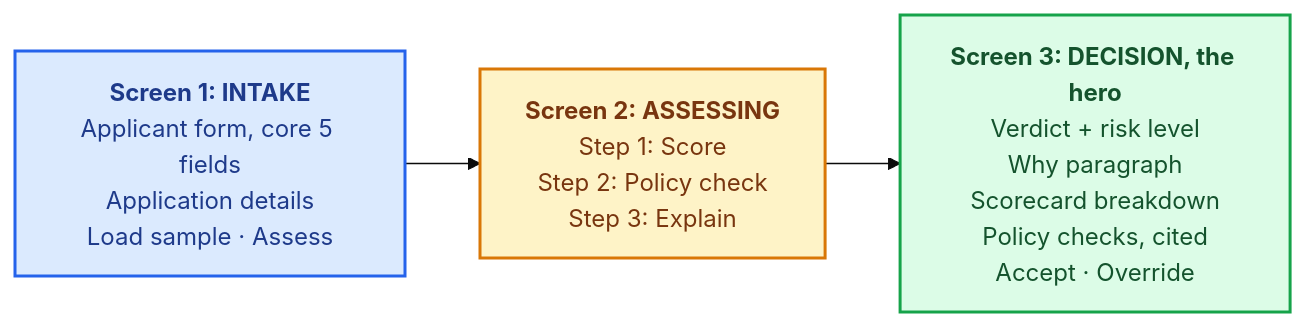
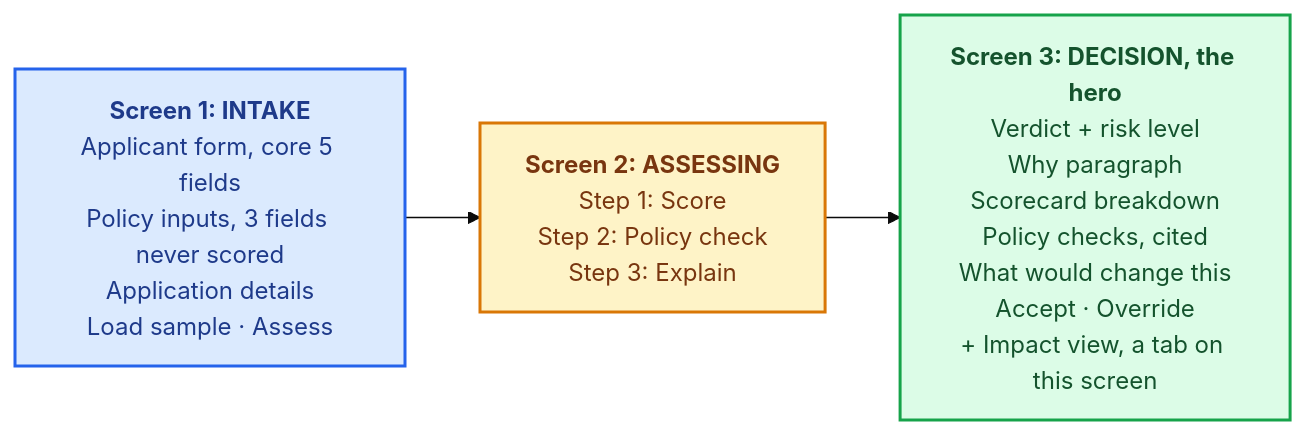
The first of 4 diagrams in 02-design/deliverables/01-ui-flow.md (Mxjoshi/newcomer-credit-copilot), drawn with Mermaid (base theme) before and after one commit. The commit also changed other lines of this file, not shown here.

Commit message:
Phase 2 review: policy inputs group, counterfactual block, impact view, validator edge case in UI flow

````diff
--- a/02-design/deliverables/01-ui-flow.md
+++ b/02-design/deliverables/01-ui-flow.md
@@ -19,10 +20,10 @@
 ```mermaid
 flowchart LR
-    A["<b>Screen 1: INTAKE</b><br/>Applicant form, core 5 fields<br/>Application details<br/>Load sample · Assess"]
+    A["<b>Screen 1: INTAKE</b><br/>Applicant form, core 5 fields<br/>Policy inputs, 3 fields never scored<br/>Application details<br/>Load sample · Assess"]
     B["<b>Screen 2: ASSESSING</b><br/>Step 1: Score<br/>Step 2: Policy check<br/>Step 3: Explain"]
-    C["<b>Screen 3: DECISION, the hero</b><br/>Verdict + risk level<br/>Why paragraph<br/>Scorecard breakdown<br/>Policy checks, cited<br/>Accept · Override"]
+    C["<b>Screen 3: DECISION, the hero</b><br/>Verdict + risk level<br/>Why paragraph<br/>Scorecard breakdown<br/>Policy checks, cited<br/>What would change this<br/>Accept · Override<br/>+ Impact view, a tab on this screen"]
     A --> B --> C
     style A fill:#dbeafe,stroke:#2563eb,stroke-width:2px,color:#1e3a8a
     style B fill:#fef3c7,stroke:#d97706,stroke-width:2px,color:#78350f
     style C fill:#dcfce7,stroke:#16a34a,stroke-width:2px,color:#14532d
 ```
````
